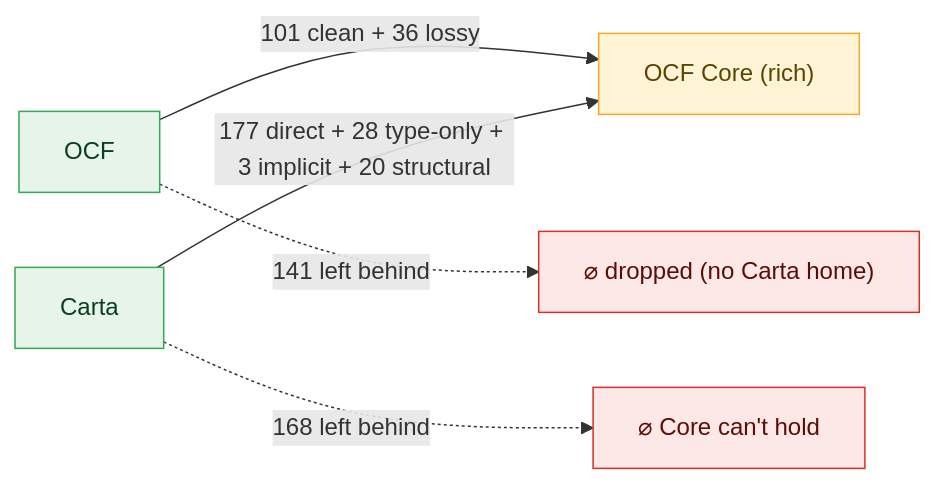
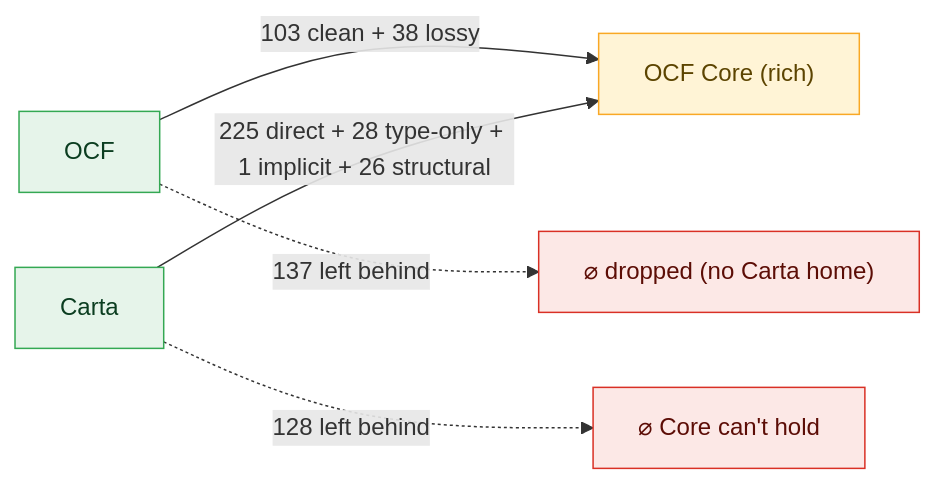
The first of 50 diagrams in docs/core-bidirectional-flow.md (Open-Cap-Table-Coalition/OCF-Composed-Schemas), drawn with Mermaid before and after one commit. The commit also changed other lines of this file and 33 other files, not shown here.

````diff
--- a/docs/core-bidirectional-flow.md
+++ b/docs/core-bidirectional-flow.md
@@ -11,12 +11,12 @@
 ```mermaid
 flowchart LR
   classDef core fill:#fff4d6,stroke:#f9a825,color:#5c4400;
   classDef in fill:#e6f4ea,stroke:#34a853,color:#0b3d20;
   classDef out fill:#fce8e6,stroke:#d93025,color:#5c0d06;
   classDef defer fill:#fff8e1,stroke:#f9a825,color:#5c4400,stroke-dasharray:4 3;
-  OCF["OCF"]:::in -->|"101 clean + 36 lossy"| CORE
-  OCF -.->|"141 left behind"| ocfvoid["⌀ dropped (no Carta home)"]:::out
+  OCF["OCF"]:::in -->|"103 clean + 38 lossy"| CORE
+  OCF -.->|"137 left behind"| ocfvoid["⌀ dropped (no Carta home)"]:::out
   CORE["OCF Core (rich)"]:::core
-  Carta["Carta"]:::in -->|"177 direct + 28 type-only + 3 implicit + 20 structural"| CORE
-  Carta -.->|"168 left behind"| cartavoid["⌀ Core can't hold"]:::out
+  Carta["Carta"]:::in -->|"225 direct + 28 type-only + 1 implicit + 26 structural"| CORE
+  Carta -.->|"128 left behind"| cartavoid["⌀ Core can't hold"]:::out
 ```
````
